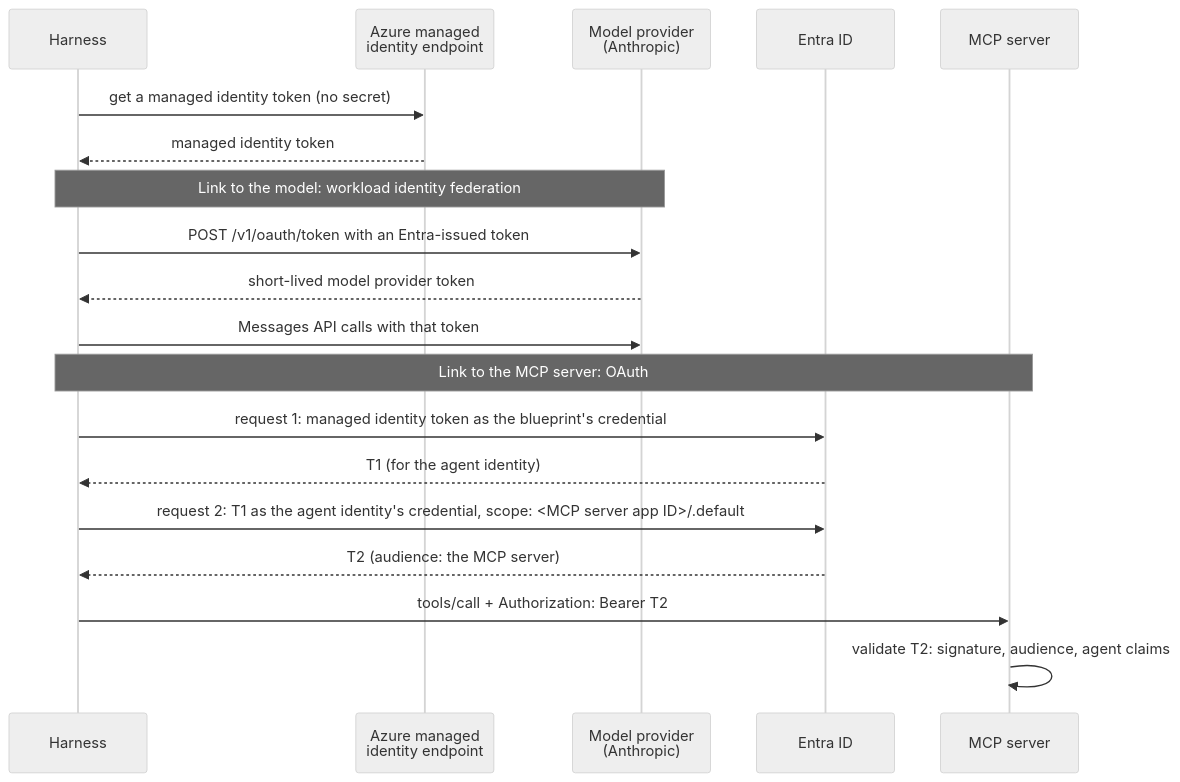
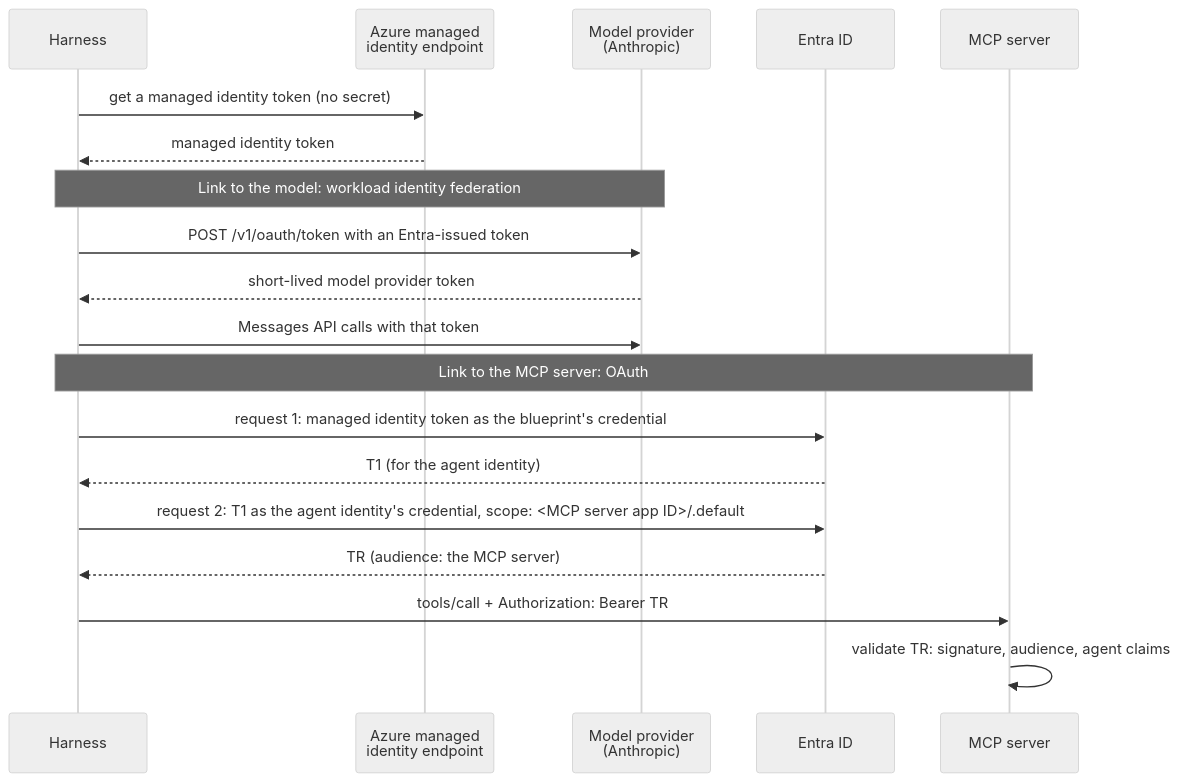
The second of 5 diagrams in docs/agent-architecture.md (alireza-mpr/agent-steward), drawn with Mermaid (neutral theme) before and after one commit. The commit also changed other lines of this file and 16 other files, not shown here.

````diff
--- a/docs/agent-architecture.md
+++ b/docs/agent-architecture.md
@@ -123,22 +127,22 @@
 ```mermaid
 sequenceDiagram
     participant H as Harness
     participant I as Azure managed<br/>identity endpoint
     participant P as Model provider<br/>(Anthropic)
     participant E as Entra ID
     participant M as MCP server
 
     H->>I: get a managed identity token (no secret)
     I-->>H: managed identity token
     Note over H,P: Link to the model: workload identity federation
     H->>P: POST /v1/oauth/token with an Entra-issued token
     P-->>H: short-lived model provider token
     H->>P: Messages API calls with that token
     Note over H,M: Link to the MCP server: OAuth
     H->>E: request 1: managed identity token as the blueprint's credential
     E-->>H: T1 (for the agent identity)
     H->>E: request 2: T1 as the agent identity's credential, scope: <MCP server app ID>/.default
-    E-->>H: T2 (audience: the MCP server)
-    H->>M: tools/call + Authorization: Bearer T2
-    M->>M: validate T2: signature, audience, agent claims
+    E-->>H: TR (audience: the MCP server)
+    H->>M: tools/call + Authorization: Bearer TR
+    M->>M: validate TR: signature, audience, agent claims
 ```
````
